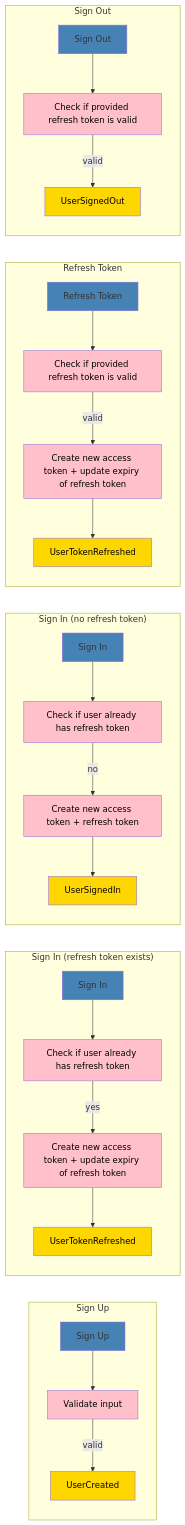
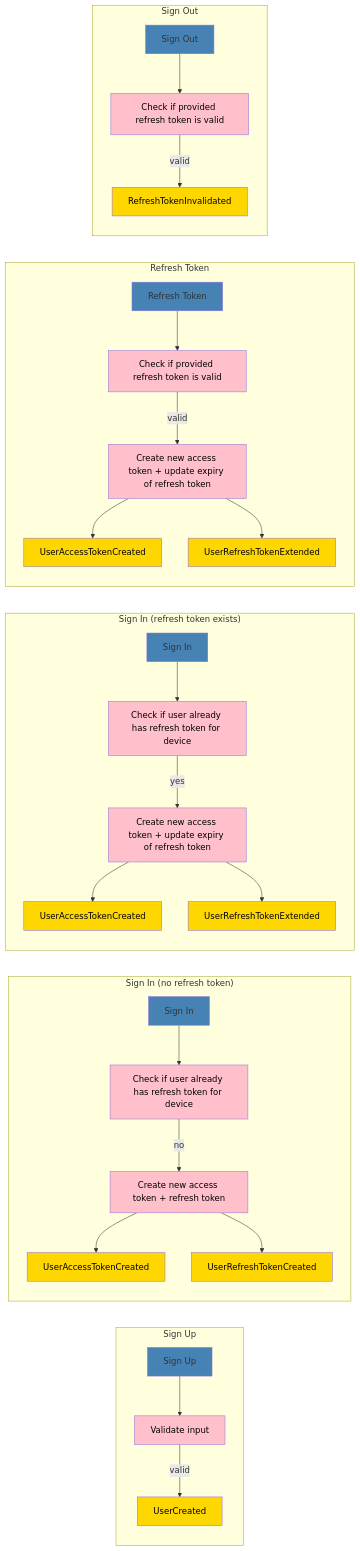
One commit to waspeer/user-module-jwt changed the second of 2 diagrams in README.md. Above: the diagram before and after it, drawn with Mermaid. The commit also changed other lines of this file, not shown here.

Commit message:
Update event names + flow

````diff
--- a/README.md
+++ b/README.md
@@ -48,40 +55,49 @@
 ```mermaid
 graph LR
 
 subgraph "Sign Up"
   su1["Sign Up"]:::command -->
   su2["Validate input"]:::policy -- "valid" -->
   su3["UserCreated"]:::event
 end
 
-subgraph "Sign In (refresh token exists)"
-  sr1["Sign In"]:::command -->
-  sr2["Check if user already has refresh token"]:::policy -- "yes" -->
-  sr3["Create new access token + update expiry of refresh token"]:::policy -->
-  sr4["UserTokenRefreshed"]:::event
+subgraph "Sign In (no refresh token)"
+  s4["UserAccessTokenCreated"]:::event
+  s5["UserRefreshTokenCreated"]:::event
+
+  s1["Sign In"]:::command -->
+  s2["Check if user already has refresh token for device"]:::policy -- "no" -->
+  s3["Create new access token + refresh token"]:::policy -->
+  s4 & s5
 end
 
-subgraph "Sign In (no refresh token)"
-  s1["Sign In"]:::command -->
-  s2["Check if user already has refresh token"]:::policy -- "no" -->
-  s3["Create new access token + refresh token"]:::policy -->
-  s4["UserSignedIn"]:::event
+subgraph "Sign In (refresh token exists)"
+  sr4["UserAccessTokenCreated"]:::event
+  sr5["UserRefreshTokenExtended"]:::event
+
+  sr1["Sign In"]:::command -->
+  sr2["Check if user already has refresh token for device"]:::policy -- "yes" -->
+  sr3["Create new access token + update expiry of refresh token"]:::policy -->
+  sr4 & sr5
 end
 
 subgraph "Refresh Token"
+  r4["UserAccessTokenCreated"]:::event
+  r5["UserRefreshTokenExtended"]:::event
+
   r1["Refresh Token"]:::command -->
   r2["Check if provided refresh token is valid"]:::policy -- "valid" -->
   r3["Create new access token + update expiry of refresh token"]:::policy -->
-  r4["UserTokenRefreshed"]:::event
+  r4 & r5
 end
 
 subgraph "Sign Out"
   so1["Sign Out"]:::command -->
   so2["Check if provided refresh token is valid"]:::policy -- "valid" -->
-  so3["UserSignedOut"]:::event
+  so3["RefreshTokenInvalidated"]:::event
 end
 
 classDef command fill:steelblue
 classDef event fill:gold,color:black
 classDef policy fill:pink,color:black
 ```
````
